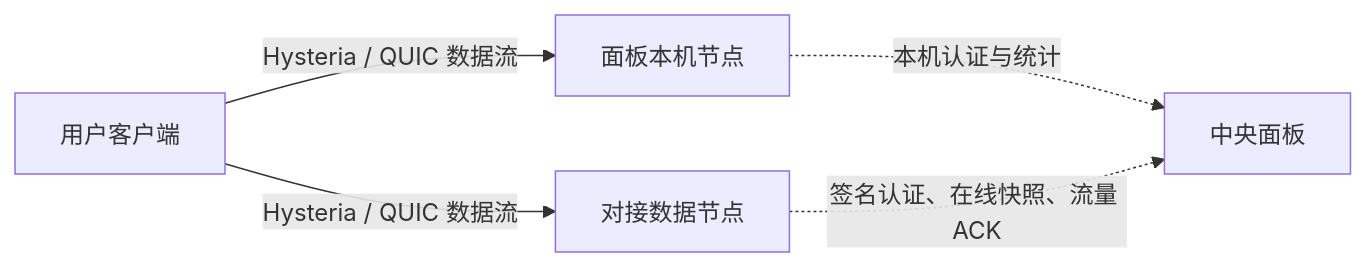
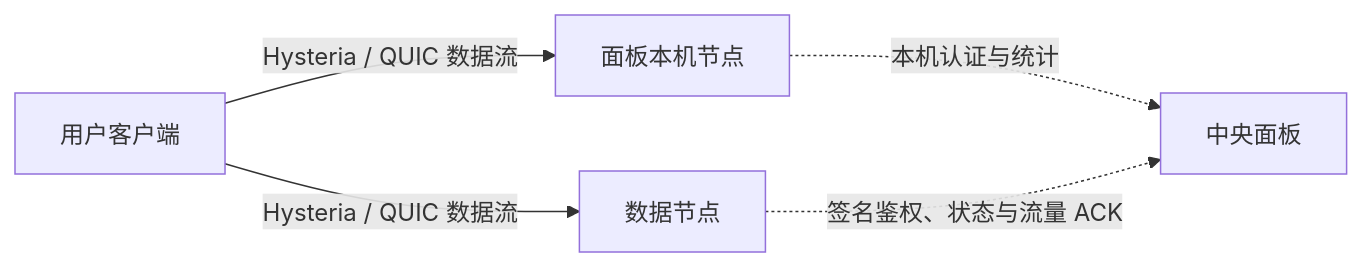
Before and after one commit to Elegying/Hysteria2-panel: the diagram in README.md, drawn with Mermaid. The commit also changed other lines of this file and 27 other files, not shown here.

````diff
--- a/README.md
+++ b/README.md
@@ -40,7 +108,7 @@
 ```mermaid
 flowchart LR
-    U[用户客户端] -->|Hysteria / QUIC 数据流| L[面板本机节点]
-    U -->|Hysteria / QUIC 数据流| N[对接数据节点]
+    C[用户客户端] -->|Hysteria / QUIC 数据流| L[面板本机节点]
+    C -->|Hysteria / QUIC 数据流| N[数据节点]
     L -. 本机认证与统计 .-> P[中央面板]
-    N -. 签名认证、在线快照、流量 ACK .-> P
+    N -. 签名鉴权、状态与流量 ACK .-> P
 ```
````
